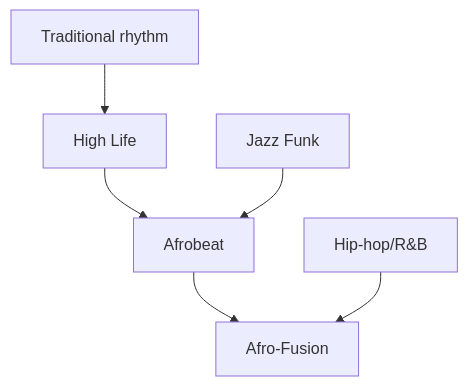
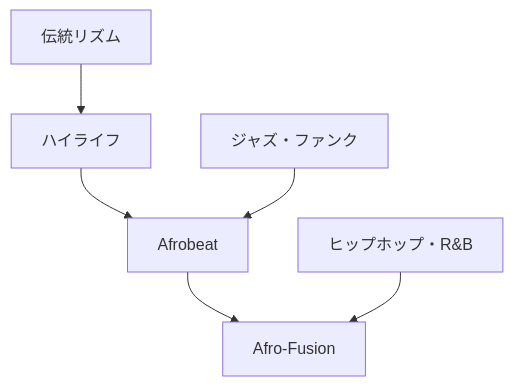
One commit to monumental-movement/monumental-movement.github.io changed the first of 2 diagrams in en/_posts/2026-01-08-column-Afrobeat-Afro-Fusion.md. Above: the diagram before and after it, drawn with Mermaid. The commit also changed other lines of this file and 775 other files, not shown here.

```diff
--- a/en/_posts/2026-01-08-column-Afrobeat-Afro-Fusion.md
+++ b/en/_posts/2026-01-08-column-Afrobeat-Afro-Fusion.md
@@ -119,8 +118,8 @@
 <div class="mermaid">
 flowchart TD
-A["Traditional rhythm"] --> B["High Life"]
+A["伝統リズム"] --> B["ハイライフ"]
 B --> C["Afrobeat"]
 C --> D["Afro-Fusion"]
-E["Jazz Funk"] --> C
-F["Hip-hop/R&B"] --> D
+E["ジャズ・ファンク"] --> C
+F["ヒップホップ・R&B"] --> D
 </div>
```
